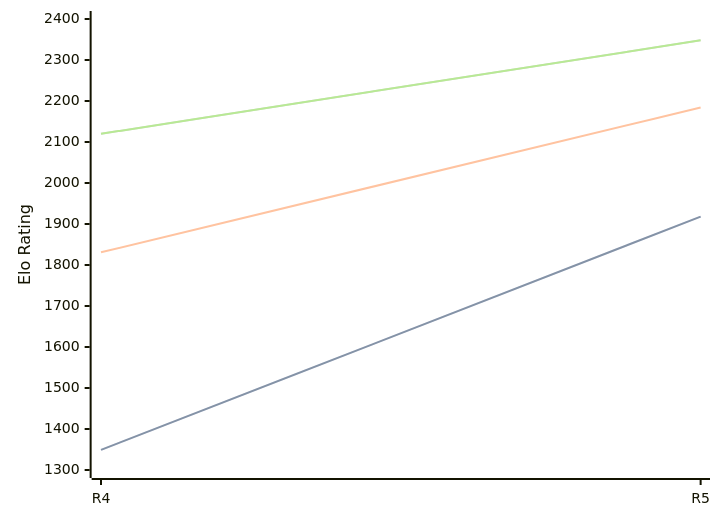
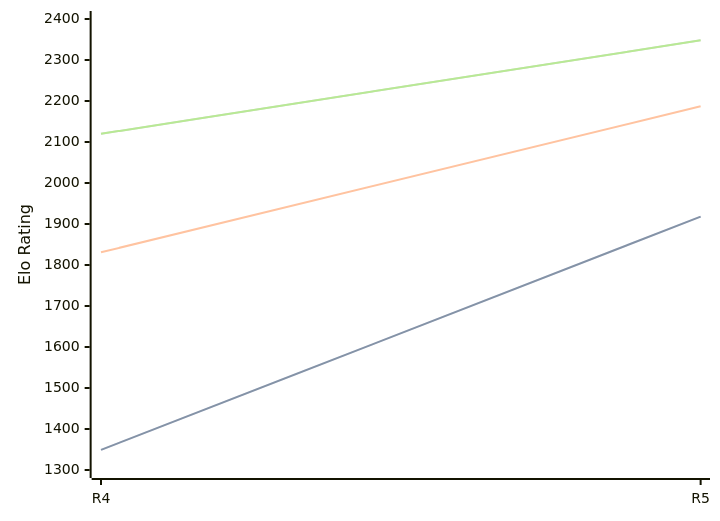
Before and after one commit to computer-chess-index/cci: the diagram in engines/Viking.md, drawn with Mermaid. The commit also changed other lines of this file, not shown here.

````diff
--- a/engines/Viking.md
+++ b/engines/Viking.md
@@ -35,11 +35,11 @@
 ```mermaid
 %%{init: {"theme":"base","themeVariables":{"seriesColors:['#a3a3a3','#222221','#faa371']}}}%%
 xychart-beta
   x-axis ["R4", "R5"]
   y-axis "Elo Rating" 1300 --> 2400
   line "" [1349, 1918]
   line "STC (8.0+0.08s)" [1349, 1918]
-  line "LTC (60.0+0.60s)" [1831, 2184]
+  line "LTC (60.0+0.60s)" [1831, 2187]
   line "" [2120, 2348]
   line "VLTC (2m24s+1.12s)" [2120, 2348]
 ```
````
